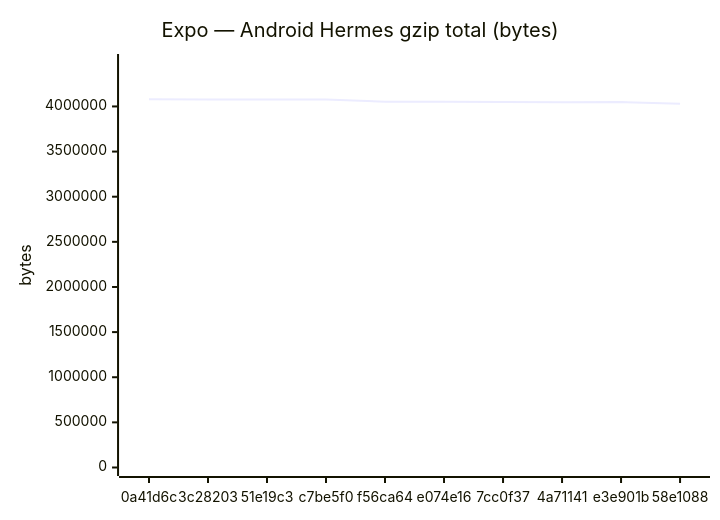
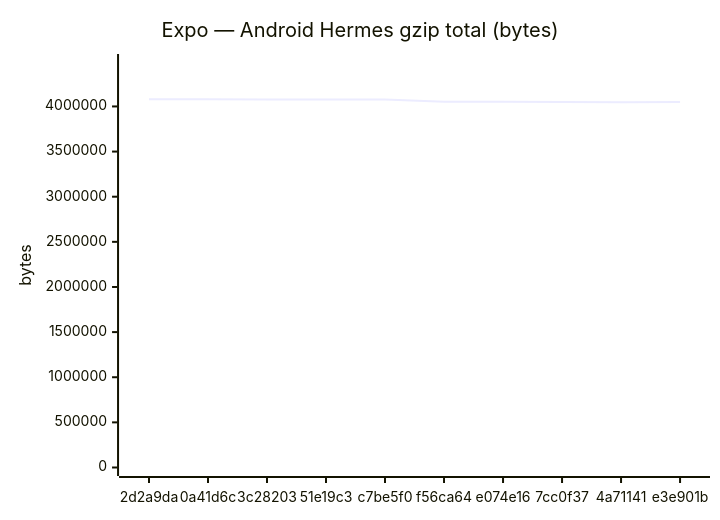
The fifth of 18 diagrams in benchmarks/compare.md (Metaheurist/Rianell), drawn with Mermaid before and after one commit. The commit also changed other lines of this file and 11 other files, not shown here.

````diff
--- a/benchmarks/compare.md
+++ b/benchmarks/compare.md
@@ -89,7 +89,7 @@
 ```mermaid
 xychart-beta
     title "Expo — Android Hermes gzip total (bytes)"
-    x-axis ["0a41d6c", "3c28203", "51e19c3", "c7be5f0", "f56ca64", "e074e16", "7cc0f37", "4a71141", "e3e901b", "58e1088"]
+    x-axis ["2d2a9da", "0a41d6c", "3c28203", "51e19c3", "c7be5f0", "f56ca64", "e074e16", "7cc0f37", "4a71141", "e3e901b"]
     y-axis "bytes" 0 --> 4486787
-    line [4078897, 4076071, 4075584, 4075582, 4052821, 4052813, 4049448, 4046554, 4048091, 4030638]
+    line [4078895, 4078897, 4076071, 4075584, 4075582, 4052821, 4052813, 4049448, 4046554, 4048091]
 ```
````
